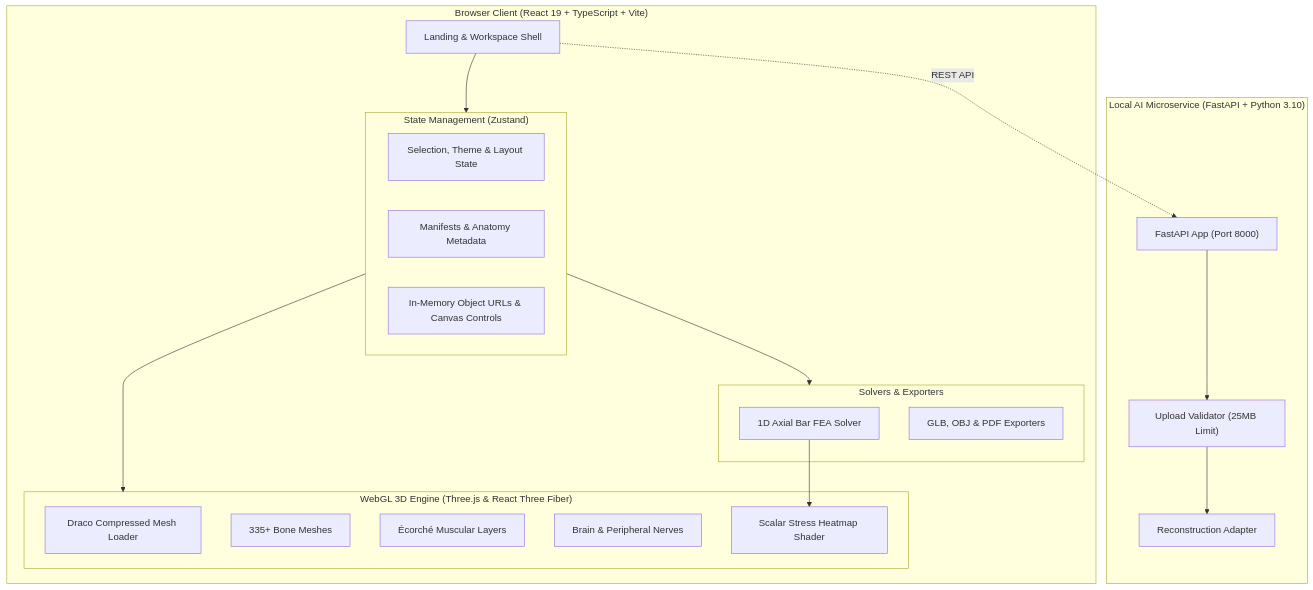
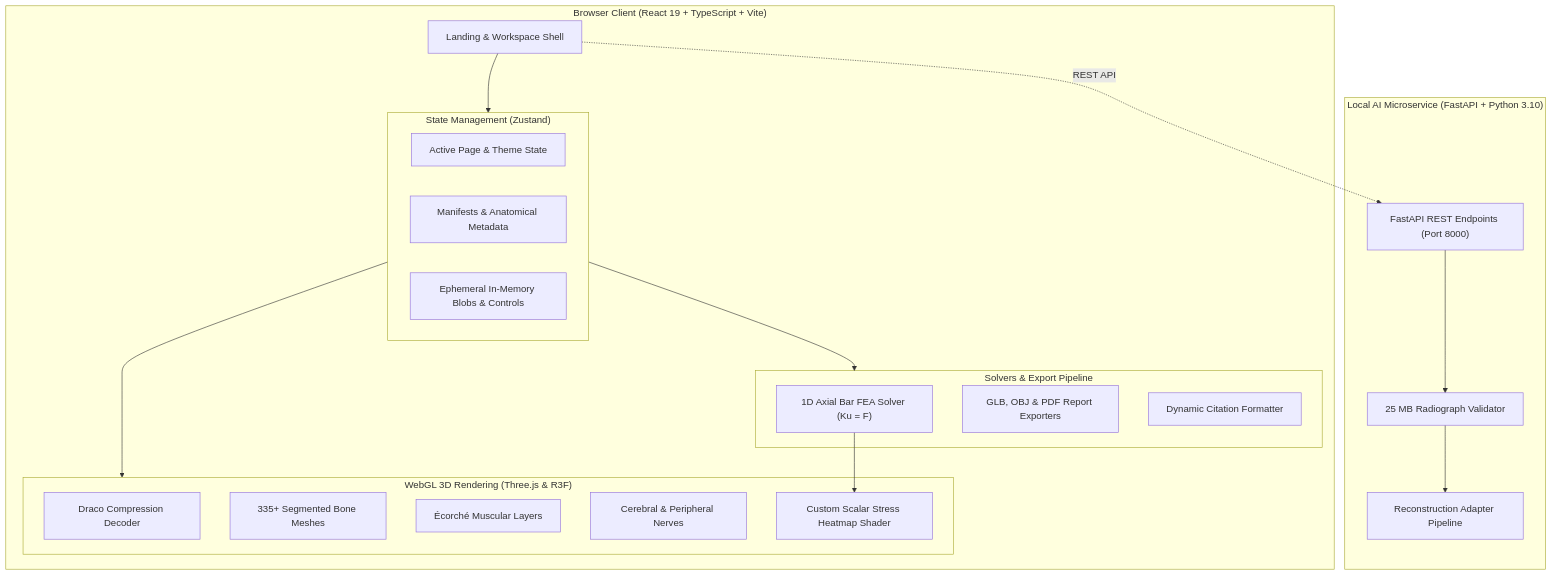
The diagram in README.md (spixcy/BoneVista), drawn with Mermaid before and after one commit. The commit also changed other lines of this file and 2 other files, not shown here.

Commit message:
docs: overhaul README with professional presentation, architecture, module showcases, and citation guide

````diff
--- a/README.md
+++ b/README.md
@@ -134,36 +117,40 @@
 ```mermaid
 flowchart TD
     subgraph Client["Browser Client (React 19 + TypeScript + Vite)"]
         UI["Landing & Workspace Shell"]
+        
         subgraph Store["State Management (Zustand)"]
-            AppState["Selection, Theme & Layout State"]
-            AtlasCache["Manifests & Anatomy Metadata"]
-            XrayState["In-Memory Object URLs & Canvas Controls"]
+            AppState["Active Page & Theme State"]
+            AtlasCache["Manifests & Anatomical Metadata"]
+            XrayState["Ephemeral In-Memory Blobs & Controls"]
         end
-        subgraph Canvas3D["WebGL 3D Engine (Three.js & React Three Fiber)"]
-            Draco["Draco Compressed Mesh Loader"]
-            MeshCache["335+ Bone Meshes"]
-            Ecorche["Écorché Muscular Layers"]
-            NeuroScene["Brain & Peripheral Nerves"]
-            Shader["Scalar Stress Heatmap Shader"]
+        
+        subgraph Canvas3D["WebGL 3D Rendering (Three.js & R3F)"]
+            Draco["Draco Compression Decoder"]
+            SkeletalMeshes["335+ Segmented Bone Meshes"]
+            EcorcheMeshes["Écorché Muscular Layers"]
+            NeuroMeshes["Cerebral & Peripheral Nerves"]
+            Shader["Custom Scalar Stress Heatmap Shader"]
         end
-        subgraph Solvers["Solvers & Exporters"]
-            FEA["1D Axial Bar FEA Solver"]
-            Exporters["GLB, OBJ & PDF Exporters"]
+        
+        subgraph Compute["Solvers & Export Pipeline"]
+            FEA["1D Axial Bar FEA Solver (Ku = F)"]
+            Exporters["GLB, OBJ & PDF Report Exporters"]
+            CitationEngine["Dynamic Citation Formatter"]
         end
     end
 
-    subgraph Service["Local AI Microservice (FastAPI + Python 3.10)"]
-        API["FastAPI App (Port 8000)"]
-        Validator["Upload Validator (25MB Limit)"]
-        Pipeline["Reconstruction Adapter"]
+    subgraph Backend["Local AI Microservice (FastAPI + Python 3.10)"]
+        API["FastAPI REST Endpoints (Port 8000)"]
+        UploadValidator["25 MB Radiograph Validator"]
+        Pipeline["Reconstruction Adapter Pipeline"]
     end
 
     UI --> Store
     Store --> Canvas3D
-    Store --> Solvers
+    Store --> Compute
     FEA --> Shader
     UI -.->|REST API| API
-    API --> Validator
-    Validator --> Pipeline
+    API --> UploadValidator
+    UploadValidator --> Pipeline
 ```
````
